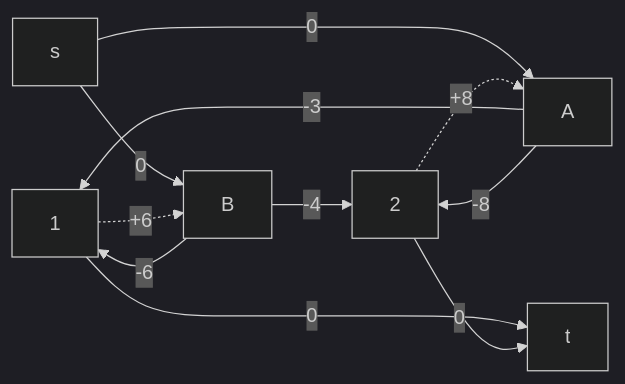
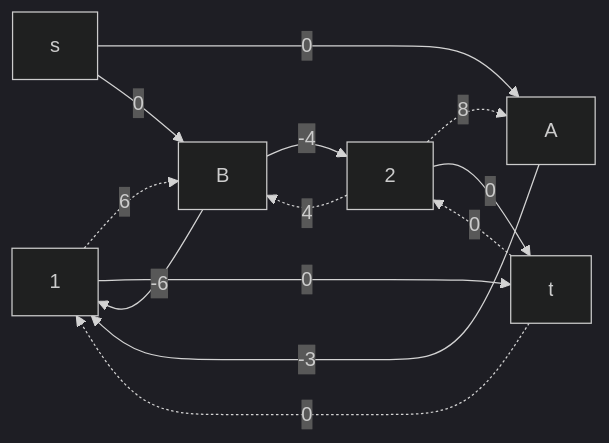
The fifth of 5 diagrams in task-14/python-gang.md (hse-algo-24-crow/manual-tasks-crow), drawn with Mermaid (dark theme) before and after one commit. The commit also changed other lines of this file, not shown here.

````diff
--- a/task-14/python-gang.md
+++ b/task-14/python-gang.md
@@ -113,17 +117,19 @@
 ```mermaid
 graph LR
     s-->|0|A
     s-->|0|B
 
+ 
     A-->|-3|1
+    2-.->|8|A
 
-    A-->|-8|2
-    2-.->|+8|A
     B-->|-6|1
-    1-.->|+6|B
+    1-.->|6|B
+    2-.->|4|B
     B-->|-4|2
 
-
     1-->|0|t
+    t-.->|0|1
     2-->|0|t
+    t-.->|0|2
 ```
````
